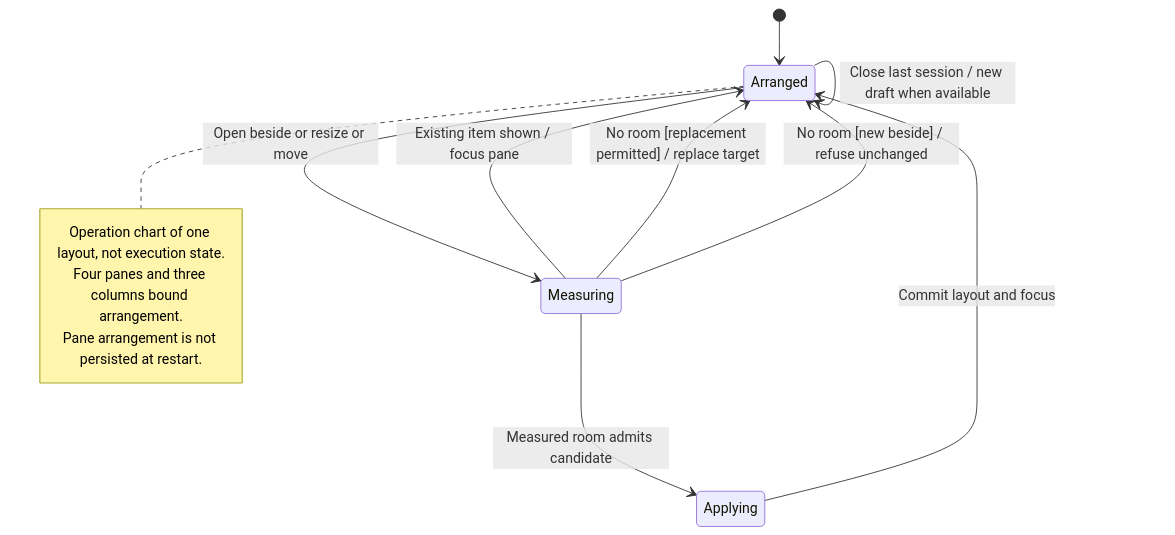
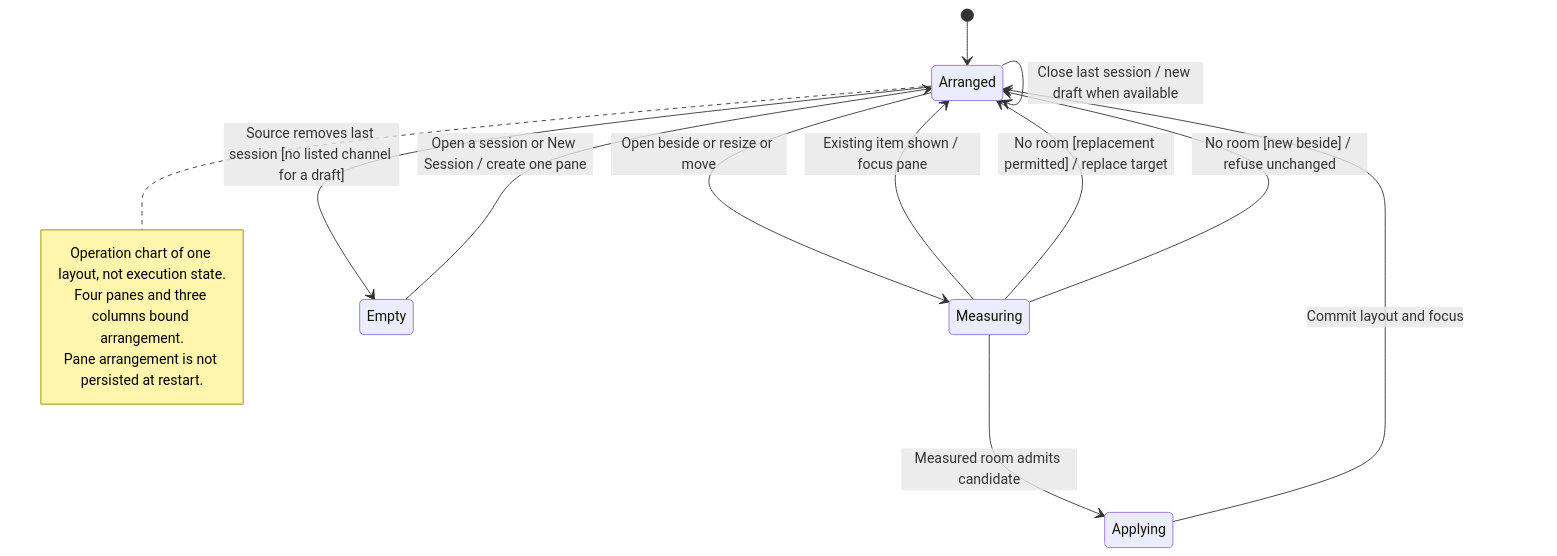
The diagram in docs/state/services/desktop/workspace/open-split-resize-and-close-panes.md (nessalabs/nessa-agent), drawn with Mermaid before and after one commit. The commit also changed 3 other files, not shown here.

First line of the commit message:
Open a pane from nothing on New Session, and count only tabs for chats

````diff
--- a/docs/state/services/desktop/workspace/open-split-resize-and-close-panes.md
+++ b/docs/state/services/desktop/workspace/open-split-resize-and-close-panes.md
@@ -63,17 +63,19 @@
 ```mermaid
 stateDiagram-v2
     [*] --> Arranged
     Arranged --> Measuring: Open beside or resize or move
     Measuring --> Arranged: Existing item shown / focus pane
     Measuring --> Applying: Measured room admits candidate
     Applying --> Arranged: Commit layout and focus
     Measuring --> Arranged: No room [replacement permitted] / replace target
     Measuring --> Arranged: No room [new beside] / refuse unchanged
     Arranged --> Arranged: Close pane / reflow and choose remaining focus
     Arranged --> Arranged: Close last session / new draft when available
+    Arranged --> Empty: Source removes last session [no listed channel for a draft]
+    Empty --> Arranged: Open a session or New Session / create one pane
     note right of Arranged
         Operation chart of one layout, not execution state.
         Four panes and three columns bound arrangement.
         Pane arrangement is not persisted at restart.
     end note
 ```
````
